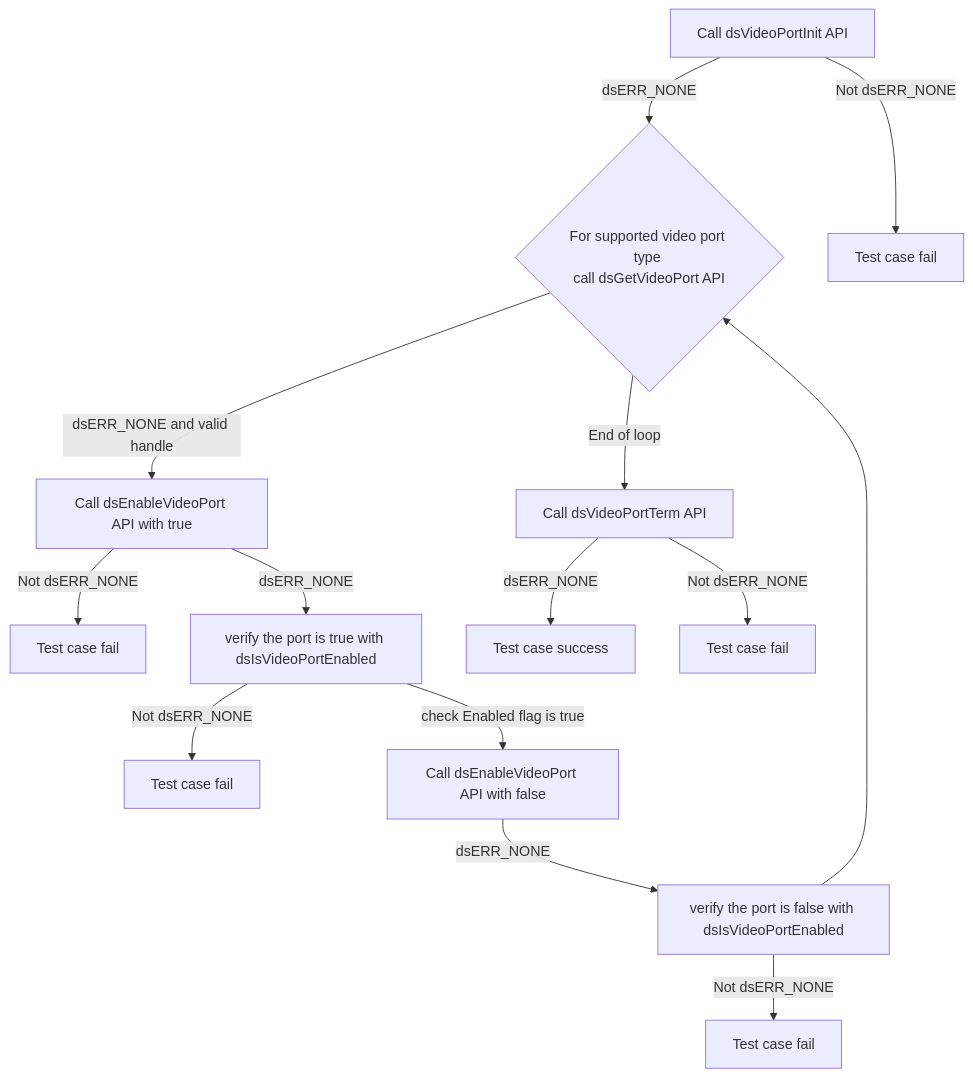
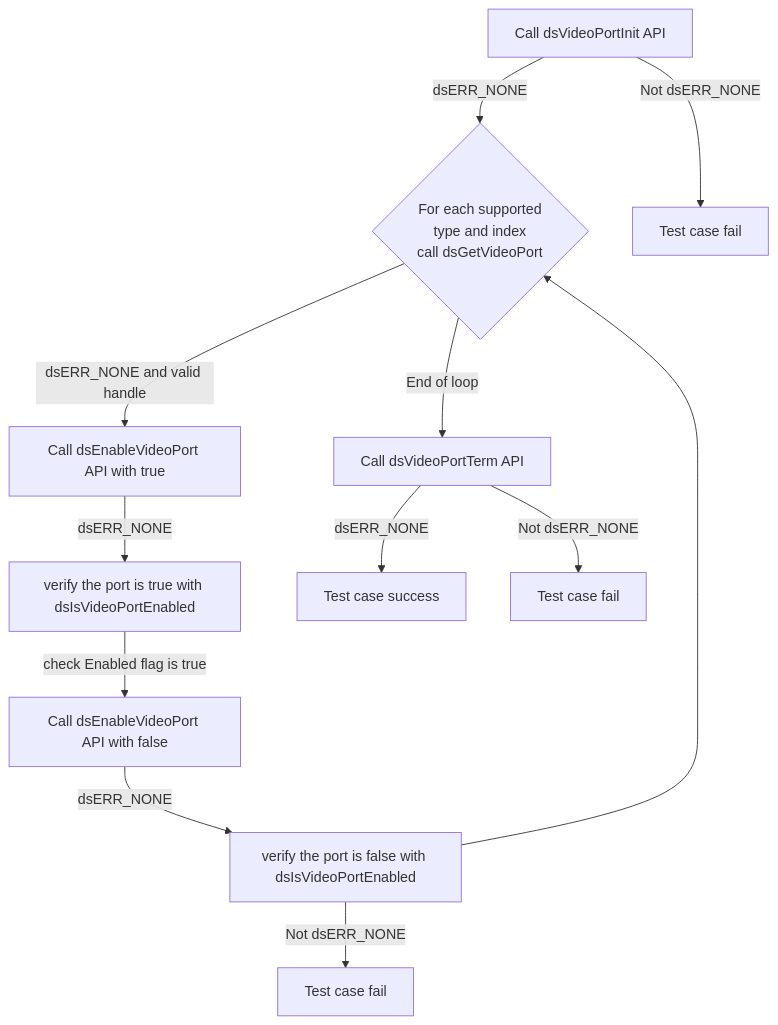
The first of 15 diagrams in docs/pages/ds-video-port_L2_Low-Level_TestSpecification.md (rdkcentral/rdk-halif-test-device_settings), drawn with Mermaid before and after one commit. The commit also changed other lines of this file and 13 other files, not shown here.

Commit message:
gh #14 Update test case and configuration

````diff
--- a/docs/pages/ds-video-port_L2_Low-Level_TestSpecification.md
+++ b/docs/pages/ds-video-port_L2_Low-Level_TestSpecification.md
@@ -69,16 +69,14 @@
 ```mermaid
 graph TB
-    A[Call dsVideoPortInit API] -->|dsERR_NONE|B{For supported video port type <br>call dsGetVideoPort API}
+    A[Call dsVideoPortInit API] -->|dsERR_NONE|B{For each supported<br> type and index <br> call dsGetVideoPort}
     A -->|Not dsERR_NONE|A1[Test case fail]
     B -->|dsERR_NONE and valid handle|D[Call dsEnableVideoPort API with true]
-    D -->|Not dsERR_NONE|A2[Test case fail]
     D -->|dsERR_NONE|E[verify the port is true with dsIsVideoPortEnabled]
-    E -->|Not dsERR_NONE|A3[Test case fail]
     E -->|check Enabled flag is true|F[Call dsEnableVideoPort API with false]
     F -->|dsERR_NONE|G[verify the port is false with dsIsVideoPortEnabled]
     G -->|Not dsERR_NONE|A4[Test case fail]
     G --> B
     B -->|End of loop|I[Call dsVideoPortTerm API]
     I -->|dsERR_NONE|J[Test case success]
     I -->|Not dsERR_NONE|I1[Test case fail]
 ```
````
